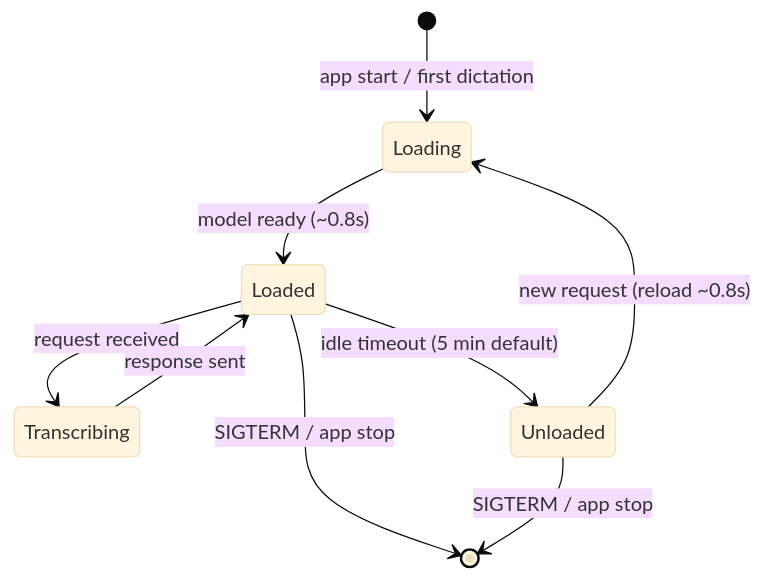
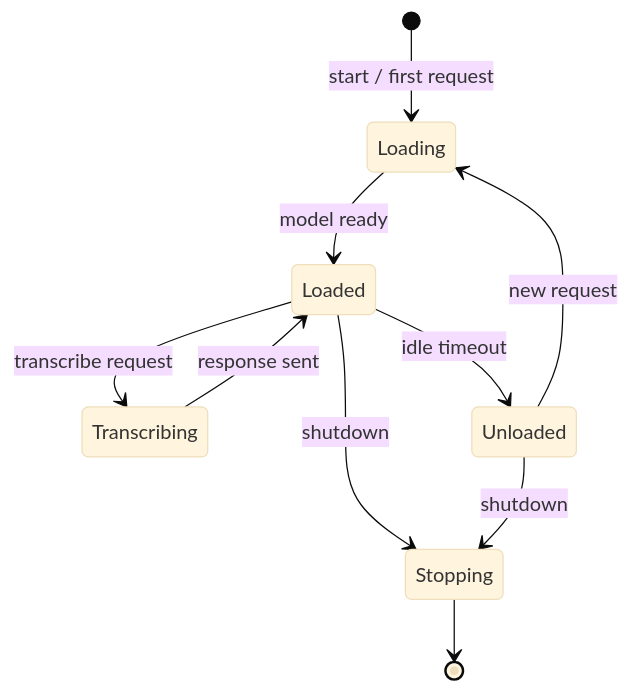
The third of 4 diagrams in docs/architecture.md (andkirby/whisper-ear), drawn with Mermaid (base theme) before and after one commit. The commit also changed other lines of this file and 29 other files, not shown here.

````diff
--- a/docs/architecture.md
+++ b/docs/architecture.md
@@ -83,14 +80,12 @@
 ```mermaid
 stateDiagram-v2
-    [*] --> Loading: app start / first dictation
-
-    Loading --> Loaded: model ready (~0.8s)
-    Loaded --> Transcribing: request received
+    [*] --> Loading: start / first request
+    Loading --> Loaded: model ready
+    Loaded --> Transcribing: transcribe request
     Transcribing --> Loaded: response sent
-
-    Loaded --> Unloaded: idle timeout (5 min default)
-    Unloaded --> Loading: new request (reload ~0.8s)
-
-    Loaded --> [*]: SIGTERM / app stop
-    Unloaded --> [*]: SIGTERM / app stop
+    Loaded --> Unloaded: idle timeout
+    Unloaded --> Loading: new request
+    Loaded --> Stopping: shutdown
+    Unloaded --> Stopping: shutdown
+    Stopping --> [*]
 ```
````
